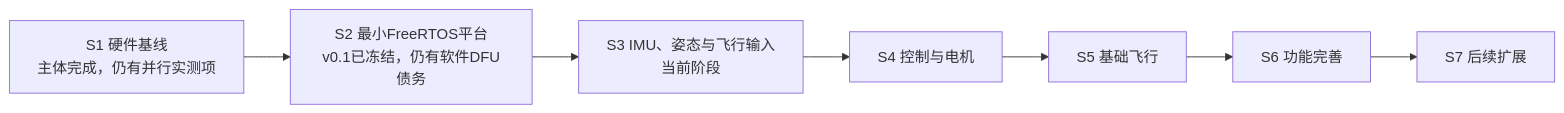
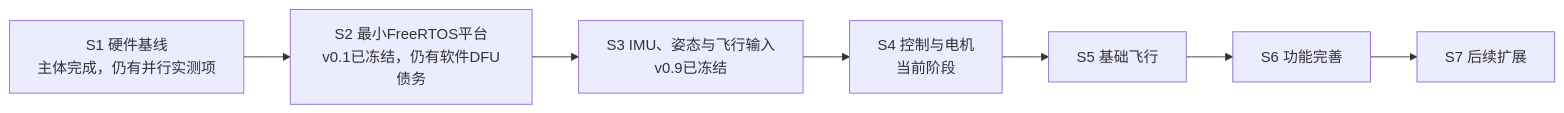
One commit to weiguang0423/getfun-f722-freertos changed the diagram in Docs/00_项目开发路线与统一进度.md. Above: the diagram before and after it, drawn with Mermaid. The commit also changed other lines of this file and 6 other files, not shown here.

````diff
--- a/Docs/00_项目开发路线与统一进度.md
+++ b/Docs/00_项目开发路线与统一进度.md
@@ -98,12 +98,12 @@
 ```mermaid
 flowchart LR
     S1["S1 硬件基线<br/>主体完成，仍有并行实测项"]
     S2["S2 最小FreeRTOS平台<br/>v0.1已冻结，仍有软件DFU债务"]
-    S3["S3 IMU、姿态与飞行输入<br/>当前阶段"]
-    S4["S4 控制与电机"]
+    S3["S3 IMU、姿态与飞行输入<br/>v0.9已冻结"]
+    S4["S4 控制与电机<br/>当前阶段"]
     S5["S5 基础飞行"]
     S6["S6 功能完善"]
     S7["S7 后续扩展"]
 
     S1 --> S2 --> S3 --> S4 --> S5 --> S6 --> S7
 ```
````
